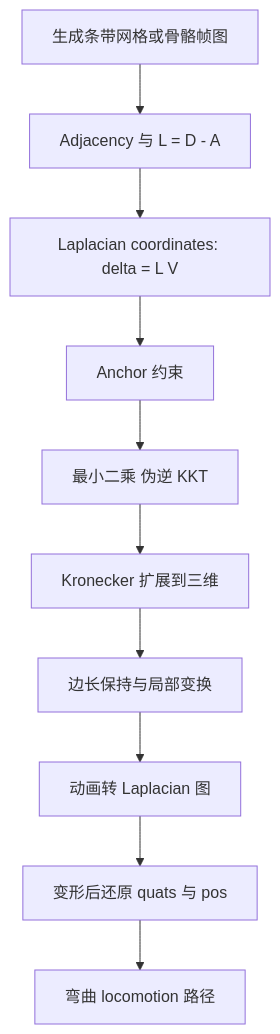
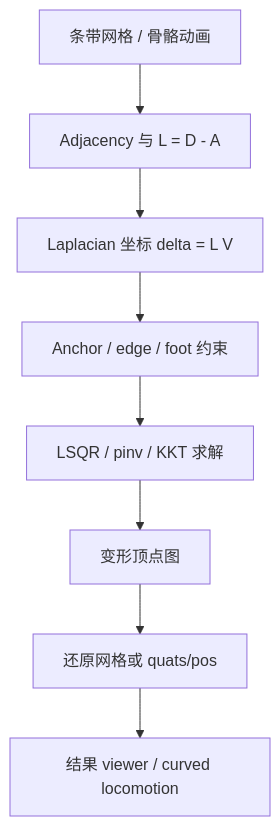
The first of 5 diagrams in docs/blog/Theory/laplacian_deformation/README.md (EvihGraphics/AnimationTech-HTC), drawn with Mermaid before and after one commit. The commit also changed other lines of this file and 319 other files, not shown here.

````diff
--- a/docs/blog/Theory/laplacian_deformation/README.md
+++ b/docs/blog/Theory/laplacian_deformation/README.md
@@ -21,12 +27,10 @@
 ```mermaid
 flowchart TD
-    A[生成条带网格或骨骼帧图] --> B[Adjacency 与 L = D - A]
-    B --> C[Laplacian coordinates: delta = L V]
-    C --> D[Anchor 约束]
-    D --> E[最小二乘 伪逆 KKT]
-    E --> F[Kronecker 扩展到三维]
-    F --> G[边长保持与局部变换]
-    G --> H[动画转 Laplacian 图]
-    H --> I[变形后还原 quats 与 pos]
-    I --> J[弯曲 locomotion 路径]
+    A[条带网格 / 骨骼动画] --> B[Adjacency 与 L = D - A]
+    B --> C[Laplacian 坐标 delta = L V]
+    C --> D[Anchor / edge / foot 约束]
+    D --> E[LSQR / pinv / KKT 求解]
+    E --> F[变形顶点图]
+    F --> G[还原网格或 quats/pos]
+    G --> H[结果 viewer / curved locomotion]
 ```
````
